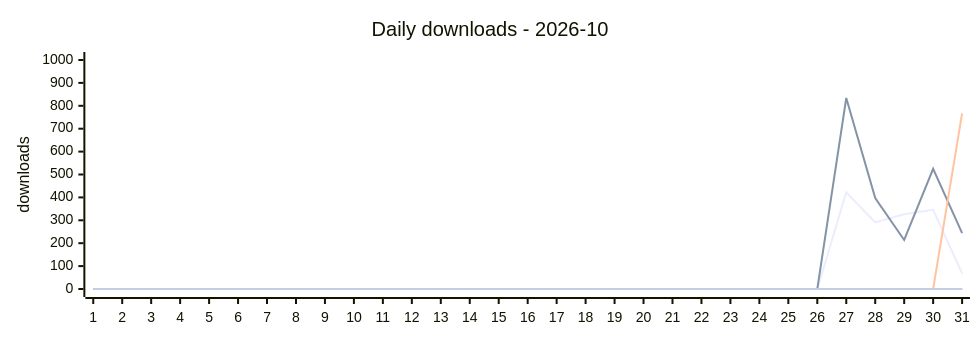
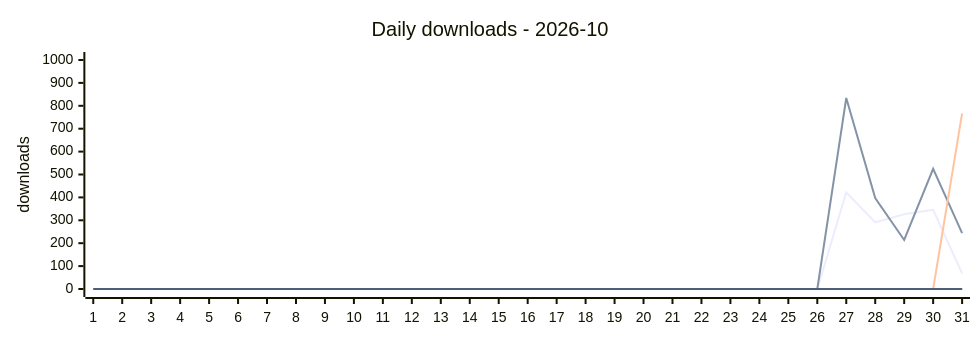
The second of 2 diagrams in DASHBOARD.md (terry2010/npm-downloads-tracker), drawn with Mermaid before and after one commit. The commit also changed other lines of this file and 2 other files, not shown here.

````diff
--- a/DASHBOARD.md
+++ b/DASHBOARD.md
@@ -112,14 +112,16 @@
 ```mermaid
 %%{init: {'xyChart': {'width': 960, 'height': 320}}}%%
 xychart-beta
     title "Daily downloads - 2026-10"
     x-axis ["1", "2", "3", "4", "5", "6", "7", "8", "9", "10", "11", "12", "13", "14", "15", "16", "17", "18", "19", "20", "21", "22", "23", "24", "25", "26", "27", "28", "29", "30", "31"]
     y-axis "downloads" 0 --> 1000
     line "dsh-loop-recover" [0, 0, 0, 0, 0, 0, 0, 0, 0, 0, 0, 0, 0, 0, 0, 0, 0, 0, 0, 0, 0, 0, 0, 0, 0, 0, 422, 291, 326, 346, 68]
     line "dsh-rss-news-daily" [0, 0, 0, 0, 0, 0, 0, 0, 0, 0, 0, 0, 0, 0, 0, 0, 0, 0, 0, 0, 0, 0, 0, 0, 0, 0, 834, 397, 214, 525, 244]
     line "opencode-loop-recover" [0, 0, 0, 0, 0, 0, 0, 0, 0, 0, 0, 0, 0, 0, 0, 0, 0, 0, 0, 0, 0, 0, 0, 0, 0, 0, 0, 0, 0, 0, 767]
     line "oc-market-quail-zephyr-72a0" [0, 0, 0, 0, 0, 0, 0, 0, 0, 0, 0, 0, 0, 0, 0, 0, 0, 0, 0, 0, 0, 0, 0, 0, 0, 0, 0, 0, 0, 0, 0]
     line "awesome-opencode-market" [0, 0, 0, 0, 0, 0, 0, 0, 0, 0, 0, 0, 0, 0, 0, 0, 0, 0, 0, 0, 0, 0, 0, 0, 0, 0, 0, 0, 0, 0, 0]
     line "surfbird" [0, 0, 0, 0, 0, 0, 0, 0, 0, 0, 0, 0, 0, 0, 0, 0, 0, 0, 0, 0, 0, 0, 0, 0, 0, 0, 0, 0, 0, 0, 0]
     line "surfbird-mcp" [0, 0, 0, 0, 0, 0, 0, 0, 0, 0, 0, 0, 0, 0, 0, 0, 0, 0, 0, 0, 0, 0, 0, 0, 0, 0, 0, 0, 0, 0, 0]
+    line "dsh-control-surfbird-for-kitesurf" [0, 0, 0, 0, 0, 0, 0, 0, 0, 0, 0, 0, 0, 0, 0, 0, 0, 0, 0, 0, 0, 0, 0, 0, 0, 0, 0, 0, 0, 0, 0]
+    line "opencode-control-surfbird-for-kitesurf" [0, 0, 0, 0, 0, 0, 0, 0, 0, 0, 0, 0, 0, 0, 0, 0, 0, 0, 0, 0, 0, 0, 0, 0, 0, 0, 0, 0, 0, 0, 0]
 ```
````
